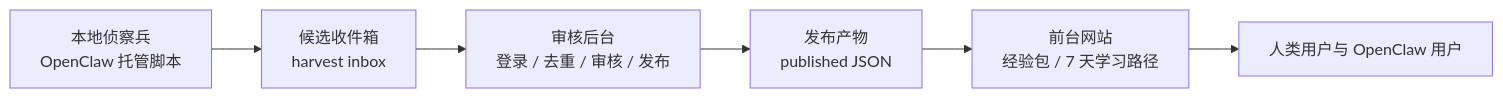
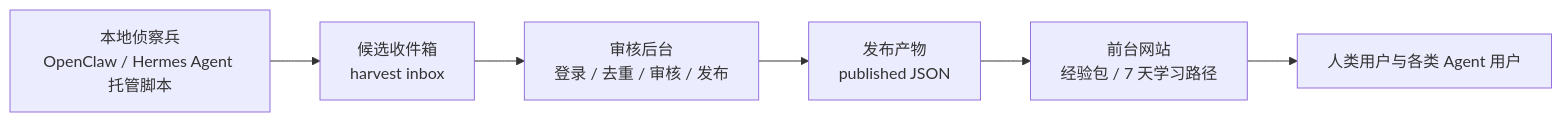
The diagram in README.md (jjjojoj/auraclaw), drawn with Mermaid before and after one commit. The commit also changed other lines of this file, not shown here.

Commit message:
Broaden repo positioning beyond OpenClaw

````diff
--- a/README.md
+++ b/README.md
@@ -66,8 +66,8 @@
 ```mermaid
 flowchart LR
-    S["本地侦察兵<br/>OpenClaw 托管脚本"] --> H["候选收件箱<br/>harvest inbox"]
+    S["本地侦察兵<br/>OpenClaw / Hermes Agent 托管脚本"] --> H["候选收件箱<br/>harvest inbox"]
     H --> A["审核后台<br/>登录 / 去重 / 审核 / 发布"]
     A --> P["发布产物<br/>published JSON"]
     P --> W["前台网站<br/>经验包 / 7 天学习路径"]
-    W --> U["人类用户与 OpenClaw 用户"]
+    W --> U["人类用户与各类 Agent 用户"]
 ```
````
